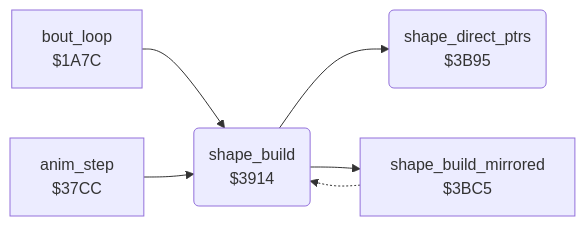
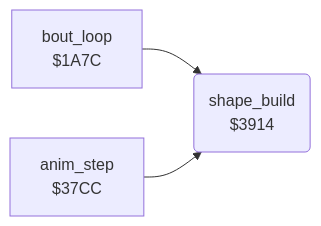
One commit to henols/c64_games changed the diagram in exploding_fist/v2/docs/reference/modules/shapes/shape_build_390c.md. Above: the diagram before and after it, drawn with Mermaid. The commit also changed other lines of this file and 319 other files, not shown here.

````diff
--- a/exploding_fist/v2/docs/reference/modules/shapes/shape_build_390c.md
+++ b/exploding_fist/v2/docs/reference/modules/shapes/shape_build_390c.md
@@ -10,13 +27,8 @@
 ```mermaid
 flowchart LR
   n1a7c["bout_loop<br/>$1A7C"]
   n37cc["anim_step<br/>$37CC"]
   n3914("shape_build<br/>$3914")
-  n3b95("shape_direct_ptrs<br/>$3B95")
-  n3bc5["shape_build_mirrored<br/>$3BC5"]
   n1a7c --> n3914
   n37cc --> n3914
-  n3914 --> n3b95
-  n3914 --> n3bc5
-  n3bc5 -.-> n3914
 ```
````
